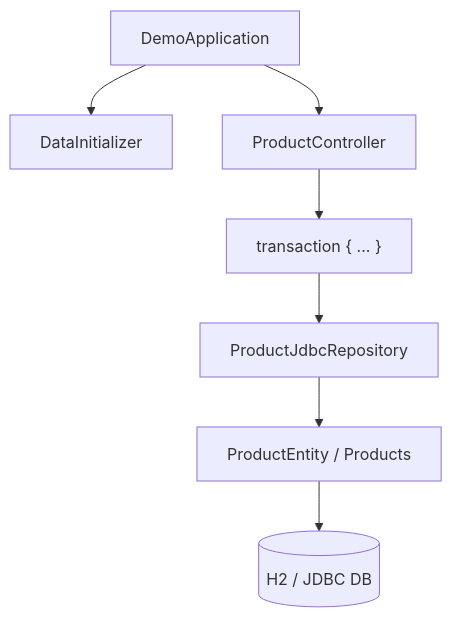
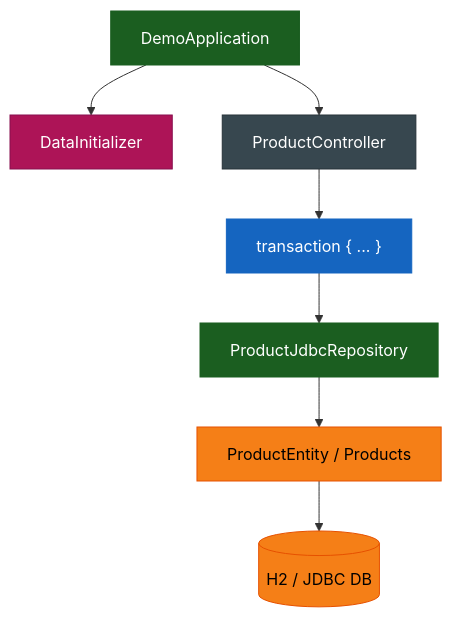
One commit to bluetape4k/bluetape4k-projects changed the second of 2 diagrams in spring-boot3/exposed-jdbc-demo/README.ko.md. Above: the diagram before and after it, drawn with Mermaid. The commit also changed other lines of this file and 221 other files, not shown here.

First line of the commit message:
docs: 전체 모듈 README UML 다이어그램 보강 및 색상 업그레이드

````diff
--- a/spring-boot3/exposed-jdbc-demo/README.ko.md
+++ b/spring-boot3/exposed-jdbc-demo/README.ko.md
@@ -62,17 +69,31 @@
 ```mermaid
 flowchart TD
     App["DemoApplication"]
     Init["DataInitializer"]
     Controller["ProductController"]
     Service["transaction { ... }"]
     Repo["ProductJdbcRepository"]
     Entity["ProductEntity / Products"]
     DB[("H2 / JDBC DB")]
 
     App --> Init
     App --> Controller
     Controller --> Service
     Service --> Repo
     Repo --> Entity
     Entity --> DB
+
+    classDef coreStyle fill:#1B5E20,stroke:#1B5E20,color:#FFFFFF
+    classDef serviceStyle fill:#1565C0,stroke:#1565C0,color:#FFFFFF
+    classDef extStyle fill:#37474F,stroke:#263238,color:#FFFFFF
+    classDef dataStyle fill:#F57F17,stroke:#E65100,color:#000000
+    classDef testStyle fill:#AD1457,stroke:#880E4F,color:#FFFFFF
+
+    class App coreStyle
+    class Init testStyle
+    class Controller extStyle
+    class Service serviceStyle
+    class Repo coreStyle
+    class Entity dataStyle
+    class DB dataStyle
 ```
````
